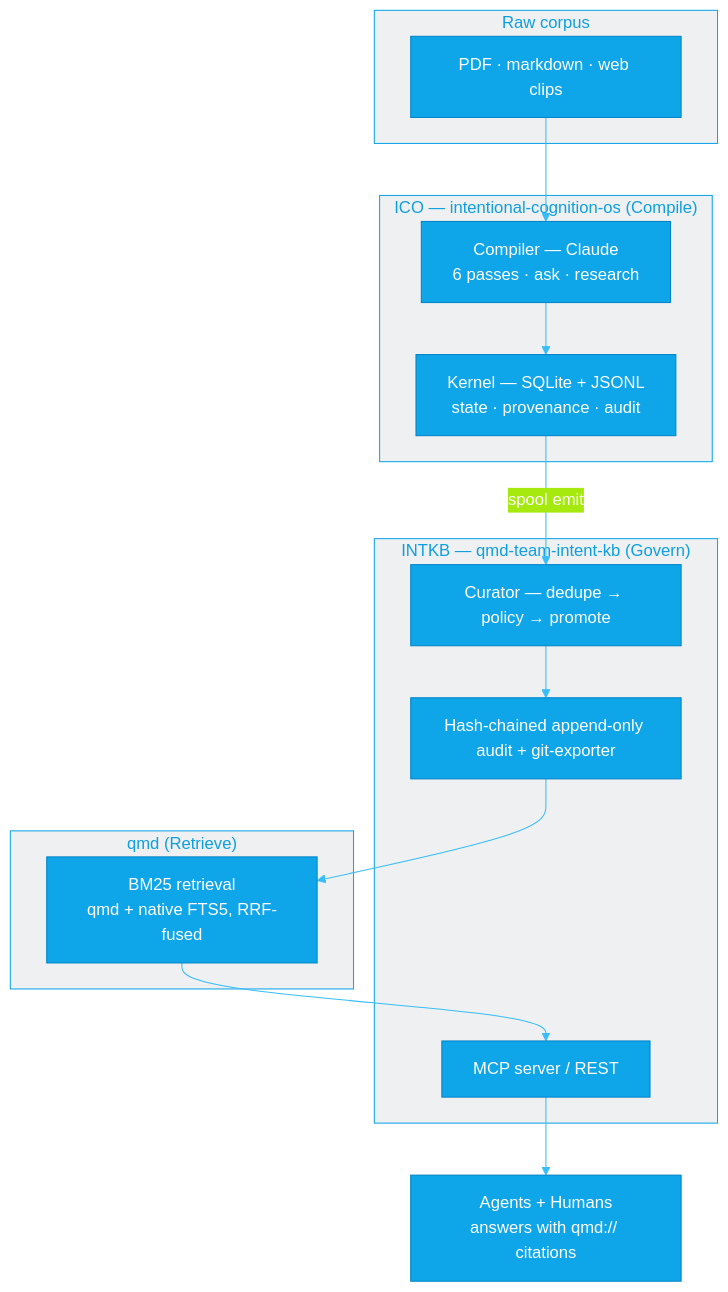
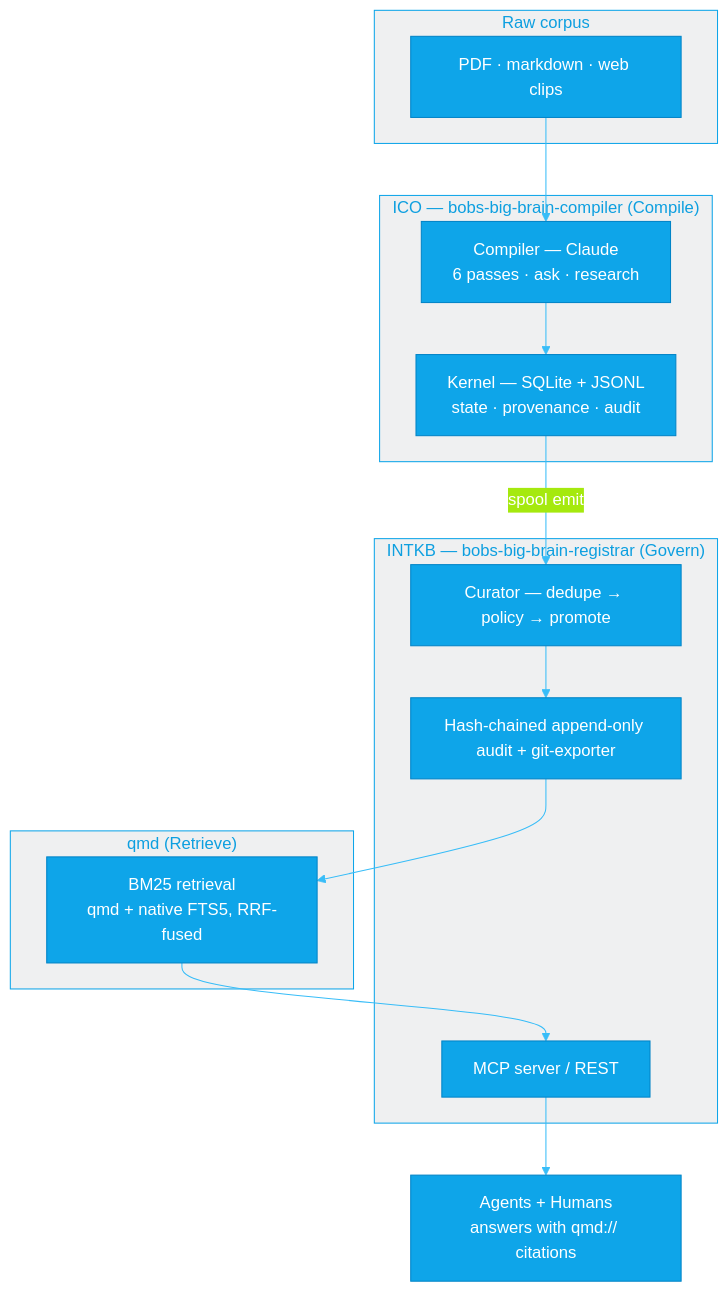
Before and after one commit to intent-solutions-io/governed-second-brain: the third of 3 diagrams in README.md, drawn with Mermaid. The commit also changed other lines of this file and 3 other files, not shown here.

````diff
--- a/README.md
+++ b/README.md
@@ -143,25 +143,25 @@
 ```mermaid
 %%{init: {'theme':'base','themeVariables':{
   'primaryColor':'#0ea5e9','primaryBorderColor':'#0284c7','primaryTextColor':'#ffffff',
   'lineColor':'#38bdf8','clusterBkg':'#0c192910','clusterBorder':'#0ea5e9'}}}%%
 flowchart TB
     subgraph SRC["Raw corpus"]
         D["PDF · markdown · web clips"]
     end
-    subgraph ICO["ICO — intentional-cognition-os (Compile)"]
+    subgraph ICO["ICO — bobs-big-brain-compiler (Compile)"]
         K["Kernel — SQLite + JSONL<br/>state · provenance · audit"]
         C["Compiler — Claude<br/>6 passes · ask · research"]
     end
-    subgraph KB["INTKB — qmd-team-intent-kb (Govern)"]
+    subgraph KB["INTKB — bobs-big-brain-registrar (Govern)"]
         CUR["Curator — dedupe → policy → promote"]
         AUD["Hash-chained append-only audit + git-exporter"]
         MCP["MCP server / REST"]
     end
     subgraph QMD["qmd (Retrieve)"]
         IDX["BM25 retrieval<br/>qmd + native FTS5, RRF-fused"]
     end
     D --> C --> K
     K -->|spool emit| CUR
     CUR --> AUD --> IDX
     IDX --> MCP --> Out["Agents + Humans<br/>answers with qmd:// citations"]
 ```
````
